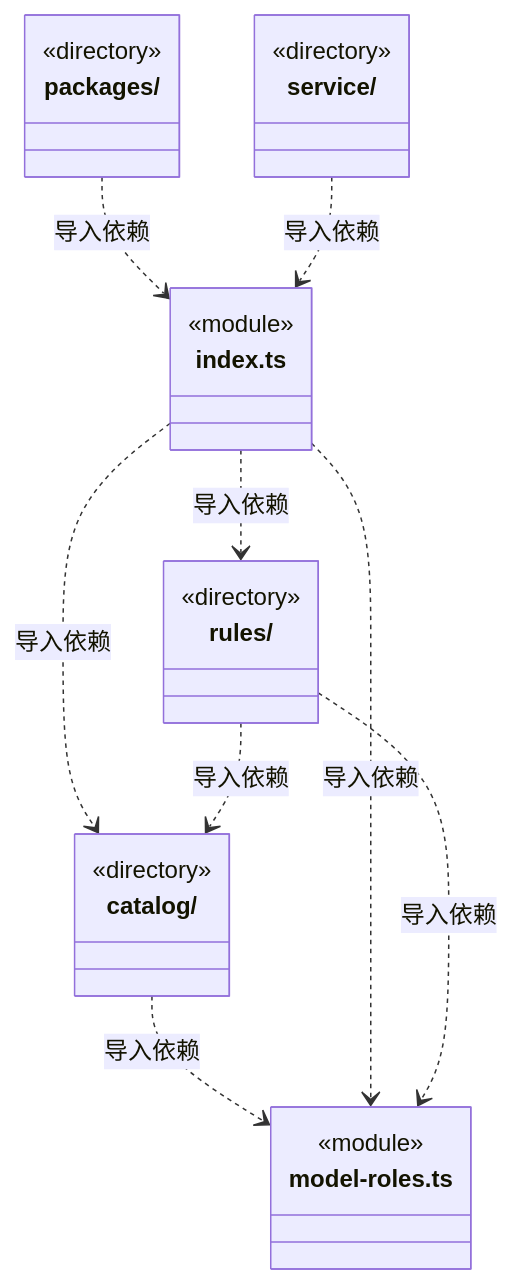
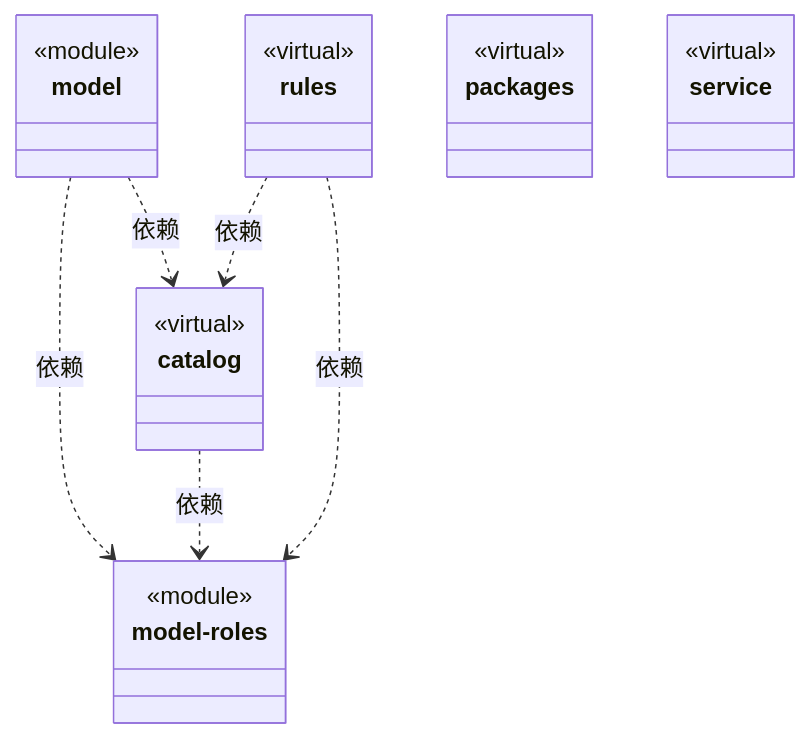
Before and after one commit to nan023062/cbim: the diagram in src/logic/engines/ARCHITECTURE.md, drawn with Mermaid. The commit also changed other lines of this file and 158 other files, not shown here.

Commit message:
docs: model architecture through nested virtual encapsulations

````diff
--- a/src/logic/engines/ARCHITECTURE.md
+++ b/src/logic/engines/ARCHITECTURE.md
@@ -94,29 +22,32 @@
 ```mermaid
 classDiagram
-class N_src_logic_engines_catalog["catalog/"] {
-  <<directory>>
+class N_36c40847e267["catalog"] {
+  <<virtual>>
 }
-class N_src_logic_engines_packages["packages/"] {
-  <<directory>>
-}
-class N_src_logic_engines_rules["rules/"] {
-  <<directory>>
-}
-class N_src_logic_engines_service["service/"] {
-  <<directory>>
-}
-class N_src_logic_engines_index_ts["index.ts"] {
+click N_36c40847e267 href "catalog/ARCHITECTURE.md"
+class N_9ff0aaf8adfd["model"] {
   <<module>>
 }
-class N_src_logic_engines_model_roles_ts["model-roles.ts"] {
+click N_9ff0aaf8adfd href "model.ts"
+class N_34dfa9332b4d["model-roles"] {
   <<module>>
 }
-N_src_logic_engines_catalog ..> N_src_logic_engines_model_roles_ts : 导入依赖
-N_src_logic_engines_index_ts ..> N_src_logic_engines_catalog : 导入依赖
-N_src_logic_engines_index_ts ..> N_src_logic_engines_model_roles_ts : 导入依赖
-N_src_logic_engines_index_ts ..> N_src_logic_engines_rules : 导入依赖
-N_src_logic_engines_packages ..> N_src_logic_engines_index_ts : 导入依赖
-N_src_logic_engines_rules ..> N_src_logic_engines_catalog : 导入依赖
-N_src_logic_engines_rules ..> N_src_logic_engines_model_roles_ts : 导入依赖
-N_src_logic_engines_service ..> N_src_logic_engines_index_ts : 导入依赖
+click N_34dfa9332b4d href "model-roles.ts"
+class N_871b142ffc88["rules"] {
+  <<virtual>>
+}
+click N_871b142ffc88 href "rules/ARCHITECTURE.md"
+class N_e36725470015["packages"] {
+  <<virtual>>
+}
+click N_e36725470015 href "packages/ARCHITECTURE.md"
+class N_c89715d50249["service"] {
+  <<virtual>>
+}
+click N_c89715d50249 href "service/ARCHITECTURE.md"
+N_9ff0aaf8adfd ..> N_34dfa9332b4d : 依赖
+N_9ff0aaf8adfd ..> N_36c40847e267 : 依赖
+N_36c40847e267 ..> N_34dfa9332b4d : 依赖
+N_871b142ffc88 ..> N_34dfa9332b4d : 依赖
+N_871b142ffc88 ..> N_36c40847e267 : 依赖
 ```
````
